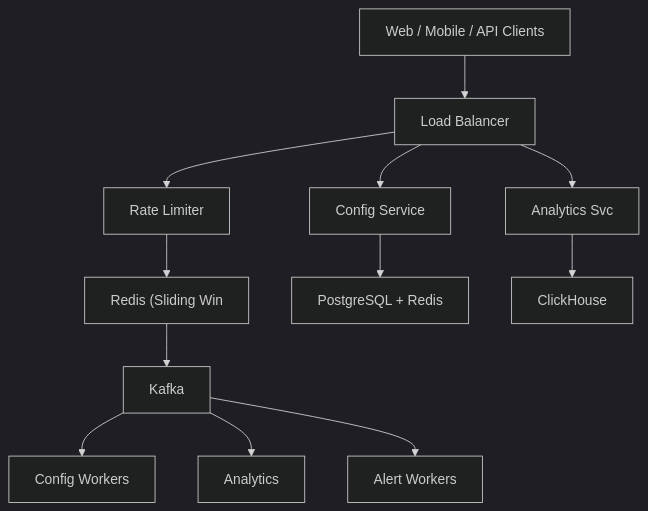
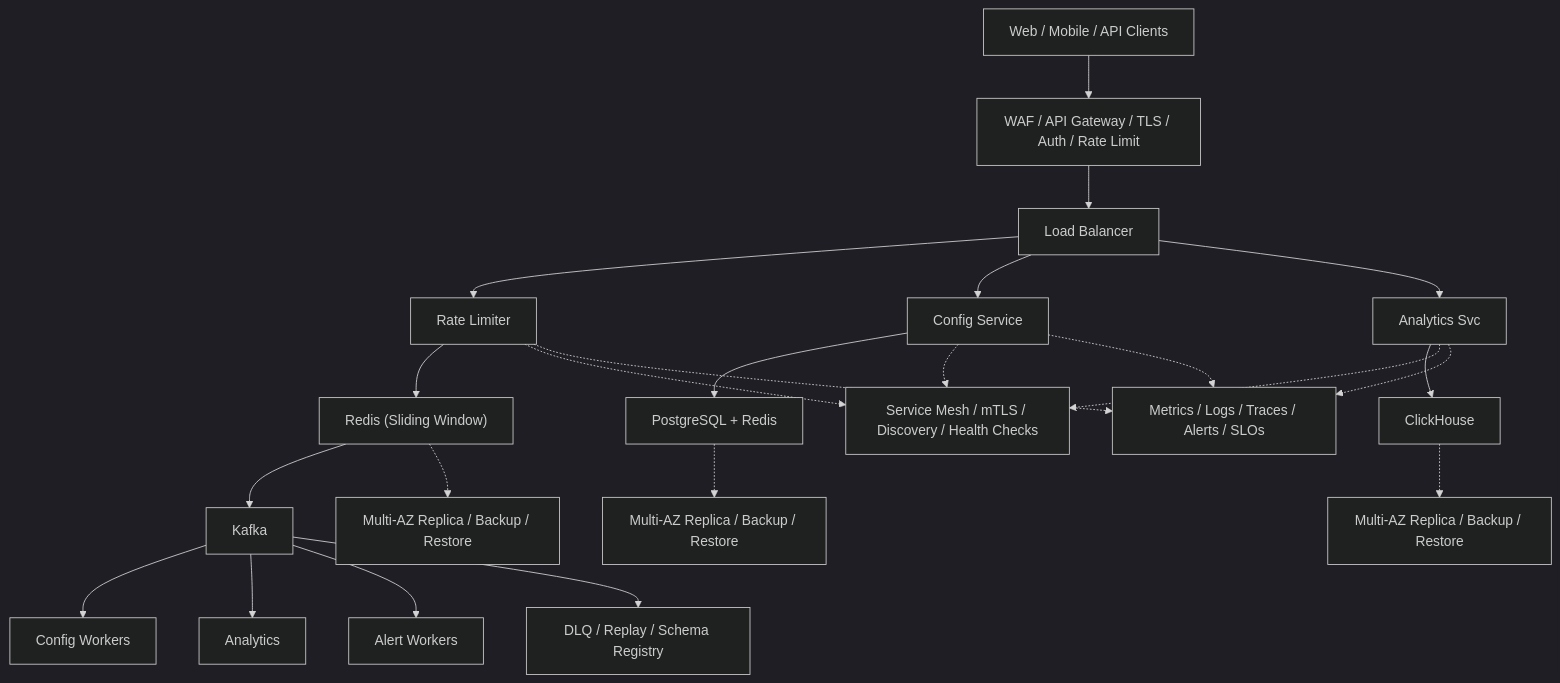
Before and after one commit to aishwary11/system-design: the diagram in system-design-rate-limiter.md, drawn with Mermaid (dark theme). The commit also changed other lines of this file and 31 other files, not shown here.

Commit message:
Add production-grade architecture details

````diff
--- a/system-design-rate-limiter.md
+++ b/system-design-rate-limiter.md
@@ -41,14 +41,25 @@
 ```mermaid
 flowchart TB
-    clients["Web / Mobile / API Clients"] --> lb["Load Balancer"]
+    clients["Web / Mobile / API Clients"] --> edge["WAF / API Gateway / TLS / Auth / Rate Limit"]
+    edge --> lb["Load Balancer"]
     lb --> svc0["Rate Limiter"]
     lb --> svc1["Config Service"]
     lb --> svc2["Analytics Svc"]
-    svc0 --> store0["Redis (Sliding Win"]
+    svc0 --> store0["Redis (Sliding Window)"]
     svc1 --> store1["PostgreSQL + Redis"]
     svc2 --> store2["ClickHouse"]
     store0 --> stream["Kafka"]
     stream --> worker0["Config Workers"]
     stream --> worker1["Analytics"]
     stream --> worker2["Alert Workers"]
+    svc0 -.-> platform["Service Mesh / mTLS / Discovery / Health Checks"]
+    svc1 -.-> platform
+    svc2 -.-> platform
+    store0 -.-> backup0["Multi-AZ Replica / Backup / Restore"]
+    store1 -.-> backup1["Multi-AZ Replica / Backup / Restore"]
+    store2 -.-> backup2["Multi-AZ Replica / Backup / Restore"]
+    stream --> dlq["DLQ / Replay / Schema Registry"]
+    svc0 -.-> ops["Metrics / Logs / Traces / Alerts / SLOs"]
+    svc1 -.-> ops
+    svc2 -.-> ops
 ```
````
